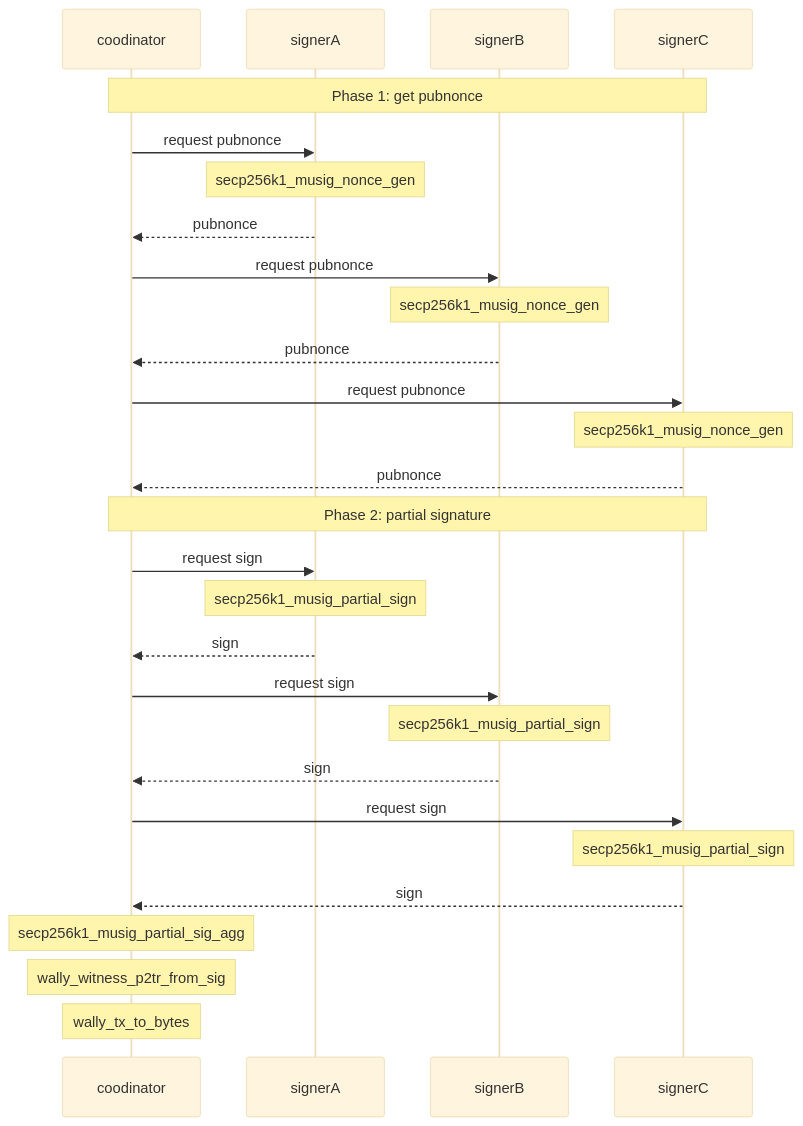
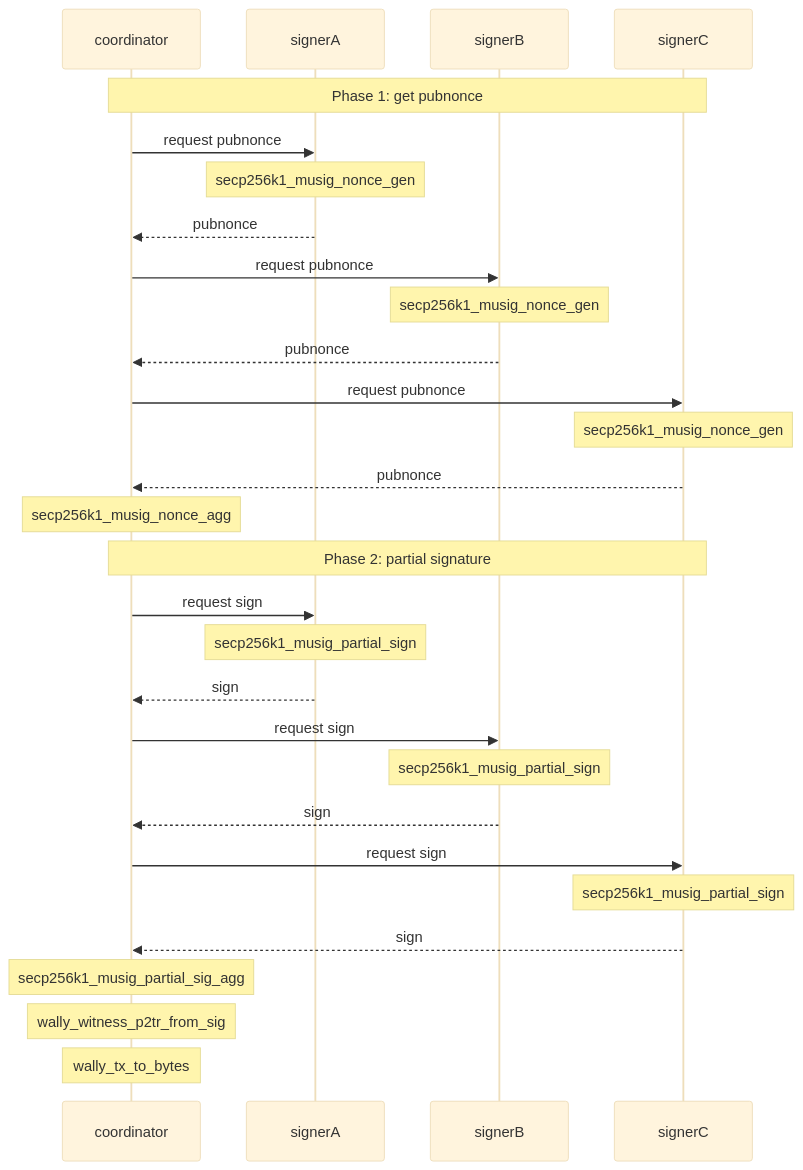
One commit to hirokuma/c-musig2 changed the second of 2 diagrams in README.md. Above: the diagram before and after it, drawn with Mermaid (base theme). The commit also changed other lines of this file and 5 other files, not shown here.

````diff
--- a/README.md
+++ b/README.md
@@ -88,41 +86,42 @@
 ```mermaid
 sequenceDiagram
-  participant coodinator
+  participant coordinator
   participant signerA
   participant signerB
   participant signerC
 
-  Note over coodinator,signerC: Phase 1: get pubnonce
+  Note over coordinator,signerC: Phase 1: get pubnonce
   
-  coodinator->>signerA: request pubnonce
+  coordinator->>signerA: request pubnonce
   Note over signerA: secp256k1_musig_nonce_gen
-  signerA-->>coodinator: pubnonce
+  signerA-->>coordinator: pubnonce
   
-  coodinator->>signerB: request pubnonce
+  coordinator->>signerB: request pubnonce
   Note over signerB: secp256k1_musig_nonce_gen
-  signerB-->>coodinator: pubnonce
+  signerB-->>coordinator: pubnonce
 
-  coodinator->>signerC: request pubnonce
+  coordinator->>signerC: request pubnonce
   Note over signerC: secp256k1_musig_nonce_gen
-  signerC-->>coodinator: pubnonce
+  signerC-->>coordinator: pubnonce
+
+  Note over coordinator: secp256k1_musig_nonce_agg
+
+  Note over coordinator,signerC: Phase 2: partial signature
+  
+  coordinator->>signerA: request sign
+  Note over signerA: secp256k1_musig_partial_sign
+  signerA-->>coordinator: sign
+  
+  coordinator->>signerB: request sign
+  Note over signerB: secp256k1_musig_partial_sign
+  signerB-->>coordinator: sign
+
+  coordinator->>signerC: request sign
+  Note over signerC: secp256k1_musig_partial_sign
+  signerC-->>coordinator: sign
 
 
-  Note over coodinator,signerC: Phase 2: partial signature
-  
-  coodinator->>signerA: request sign
-  Note over signerA: secp256k1_musig_partial_sign
-  signerA-->>coodinator: sign
-  
-  coodinator->>signerB: request sign
-  Note over signerB: secp256k1_musig_partial_sign
-  signerB-->>coodinator: sign
-
-  coodinator->>signerC: request sign
-  Note over signerC: secp256k1_musig_partial_sign
-  signerC-->>coodinator: sign
-
-
-  Note over coodinator: secp256k1_musig_partial_sig_agg
-  Note over coodinator: wally_witness_p2tr_from_sig
-  Note over coodinator: wally_tx_to_bytes
+  Note over coordinator: secp256k1_musig_partial_sig_agg
+  Note over coordinator: wally_witness_p2tr_from_sig
+  Note over coordinator: wally_tx_to_bytes
 ```
````
